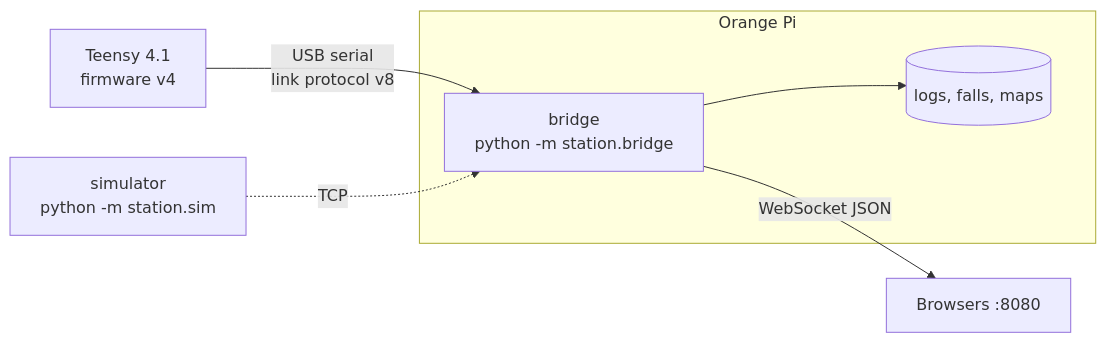
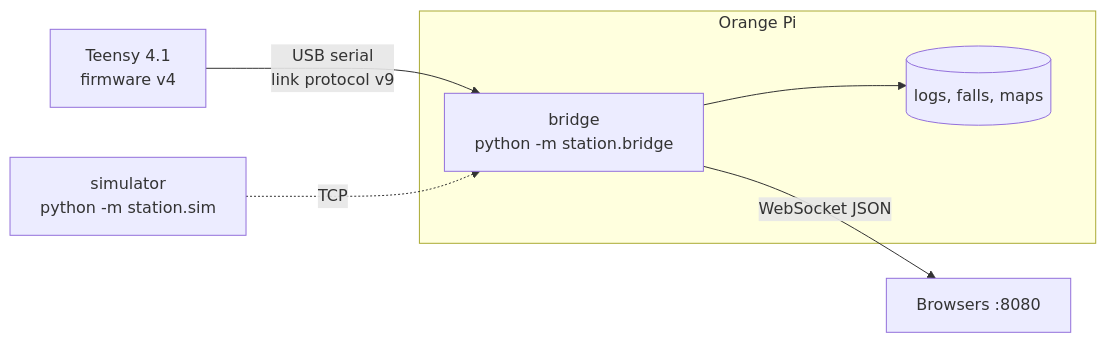
Before and after one commit to nespotts/self_balancing_robot_3: the first of 3 diagrams in station/README.md, drawn with Mermaid. The commit also changed 42 other files, not shown here.

````diff
--- a/station/README.md
+++ b/station/README.md
@@ -5,9 +5,9 @@
 ```mermaid
 flowchart LR
-  T[Teensy 4.1<br>firmware v4] -- "USB serial<br>link protocol v8" --> B
+  T[Teensy 4.1<br>firmware v4] -- "USB serial<br>link protocol v9" --> B
   subgraph Pi[Orange Pi]
     B[bridge<br>python -m station.bridge] --> L[(logs, falls, maps)]
   end
   B -- "WebSocket JSON" --> W[Browsers :8080]
   S[simulator<br>python -m station.sim] -. "TCP" .-> B
 ```
````
